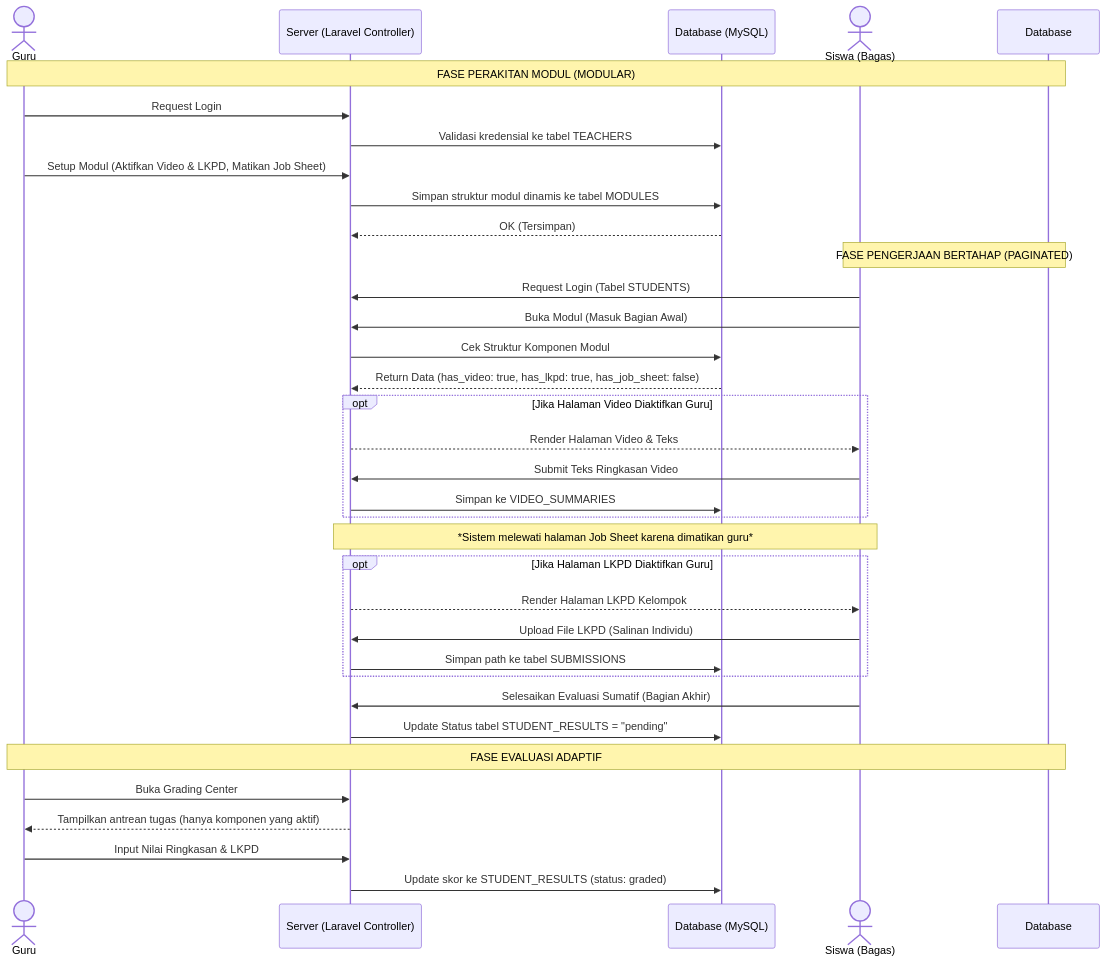
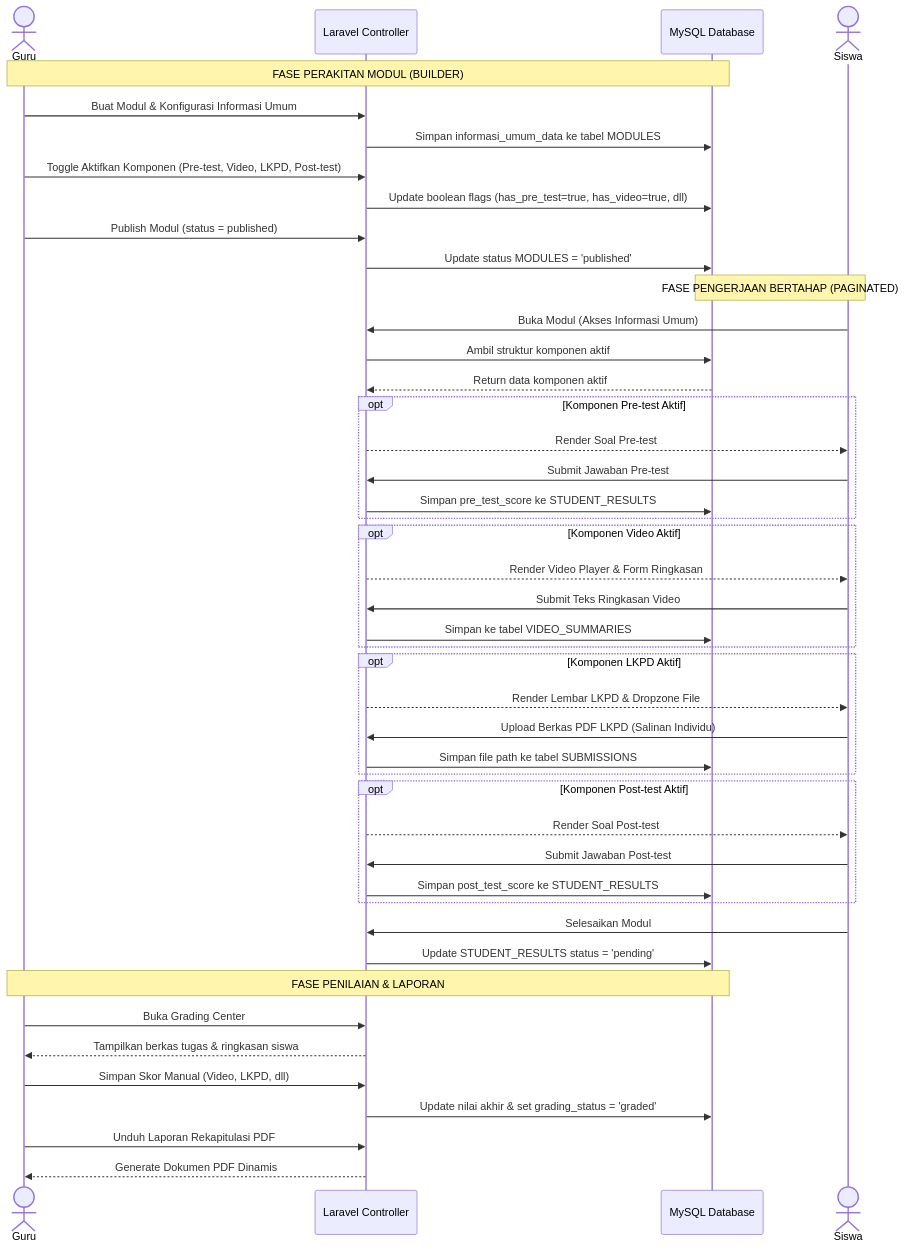
The first of 2 diagrams in prd.md (AdiLamunedo21/e-modul), drawn with Mermaid before and after one commit. The commit also changed other lines of this file, not shown here.

Commit message:
Docs: Update PRD to align with final 2-part E-Module architecture and database schema

````diff
--- a/prd.md
+++ b/prd.md
@@ -206,45 +189,55 @@
 ```mermaid
 sequenceDiagram
     actor Guru
-    participant Server (Laravel Controller)
-    participant Database (MySQL)
-    actor Siswa (Bagas)
+    participant Server as Laravel Controller
+    participant DB as MySQL Database
+    actor Siswa
 
-    Note over Guru, Database: FASE PERAKITAN MODUL (MODULAR)
-    Guru->>Server (Laravel Controller): Request Login
-    Server (Laravel Controller)->>Database (MySQL): Validasi kredensial ke tabel TEACHERS
-    Guru->>Server (Laravel Controller): Setup Modul (Aktifkan Video & LKPD, Matikan Job Sheet)
-    Server (Laravel Controller)->>Database (MySQL): Simpan struktur modul dinamis ke tabel MODULES
-    Database (MySQL)-->>Server (Laravel Controller): OK (Tersimpan)
+    Note over Guru, DB: FASE PERAKITAN MODUL (BUILDER)
+    Guru->>Server: Buat Modul & Konfigurasi Informasi Umum
+    Server->>DB: Simpan informasi_umum_data ke tabel MODULES
+    Guru->>Server: Toggle Aktifkan Komponen (Pre-test, Video, LKPD, Post-test)
+    Server->>DB: Update boolean flags (has_pre_test=true, has_video=true, dll)
+    Guru->>Server: Publish Modul (status = published)
+    Server->>DB: Update status MODULES = 'published'
 
-    Note over Siswa (Bagas), Database: FASE PENGERJAAN BERTAHAP (PAGINATED)
-    Siswa (Bagas)->>Server (Laravel Controller): Request Login (Tabel STUDENTS)
-    Siswa (Bagas)->>Server (Laravel Controller): Buka Modul (Masuk Bagian Awal)
-
-    Server (Laravel Controller)->>Database (MySQL): Cek Struktur Komponen Modul
-    Database (MySQL)-->>Server (Laravel Controller): Return Data (has_video: true, has_lkpd: true, has_job_sheet: false)
-
-    opt Jika Halaman Video Diaktifkan Guru
-        Server (Laravel Controller)-->>Siswa (Bagas): Render Halaman Video & Teks
-        Siswa (Bagas)->>Server (Laravel Controller): Submit Teks Ringkasan Video
-        Server (Laravel Controller)->>Database (MySQL): Simpan ke VIDEO_SUMMARIES
+    Note over Siswa, DB: FASE PENGERJAAN BERTAHAP (PAGINATED)
+    Siswa->>Server: Buka Modul (Akses Informasi Umum)
+    Server->>DB: Ambil struktur komponen aktif
+    DB-->>Server: Return data komponen aktif
+    
+    opt Komponen Pre-test Aktif
+        Server-->>Siswa: Render Soal Pre-test
+        Siswa->>Server: Submit Jawaban Pre-test
+        Server->>DB: Simpan pre_test_score ke STUDENT_RESULTS
     end
 
-    Note over Siswa (Bagas), Server (Laravel Controller): *Sistem melewati halaman Job Sheet karena dimatikan guru*
-
-    opt Jika Halaman LKPD Diaktifkan Guru
-        Server (Laravel Controller)-->>Siswa (Bagas): Render Halaman LKPD Kelompok
-        Siswa (Bagas)->>Server (Laravel Controller): Upload File LKPD (Salinan Individu)
-        Server (Laravel Controller)->>Database (MySQL): Simpan path ke tabel SUBMISSIONS
+    opt Komponen Video Aktif
+        Server-->>Siswa: Render Video Player & Form Ringkasan
+        Siswa->>Server: Submit Teks Ringkasan Video
+        Server->>DB: Simpan ke tabel VIDEO_SUMMARIES
     end
 
-    Siswa (Bagas)->>Server (Laravel Controller): Selesaikan Evaluasi Sumatif (Bagian Akhir)
-    Server (Laravel Controller)->>Database (MySQL): Update Status tabel STUDENT_RESULTS = "pending"
+    opt Komponen LKPD Aktif
+        Server-->>Siswa: Render Lembar LKPD & Dropzone File
+        Siswa->>Server: Upload Berkas PDF LKPD (Salinan Individu)
+        Server->>DB: Simpan file path ke tabel SUBMISSIONS
+    end
 
-    Note over Guru, Database: FASE EVALUASI ADAPTIF
-    Guru->>Server (Laravel Controller): Buka Grading Center
-    Server (Laravel Controller)-->>Guru: Tampilkan antrean tugas (hanya komponen yang aktif)
-    Guru->>Server (Laravel Controller): Input Nilai Ringkasan & LKPD
-    Server (Laravel Controller)->>Database (MySQL): Update skor ke STUDENT_RESULTS (status: graded)
+    opt Komponen Post-test Aktif
+        Server-->>Siswa: Render Soal Post-test
+        Siswa->>Server: Submit Jawaban Post-test
+        Server->>DB: Simpan post_test_score ke STUDENT_RESULTS
+    end
 
+    Siswa->>Server: Selesaikan Modul
+    Server->>DB: Update STUDENT_RESULTS status = 'pending'
+
+    Note over Guru, DB: FASE PENILAIAN & LAPORAN
+    Guru->>Server: Buka Grading Center
+    Server-->>Guru: Tampilkan berkas tugas & ringkasan siswa
+    Guru->>Server: Simpan Skor Manual (Video, LKPD, dll)
+    Server->>DB: Update nilai akhir & set grading_status = 'graded'
+    Guru->>Server: Unduh Laporan Rekapitulasi PDF
+    Server-->>Guru: Generate Dokumen PDF Dinamis
 ```
````
